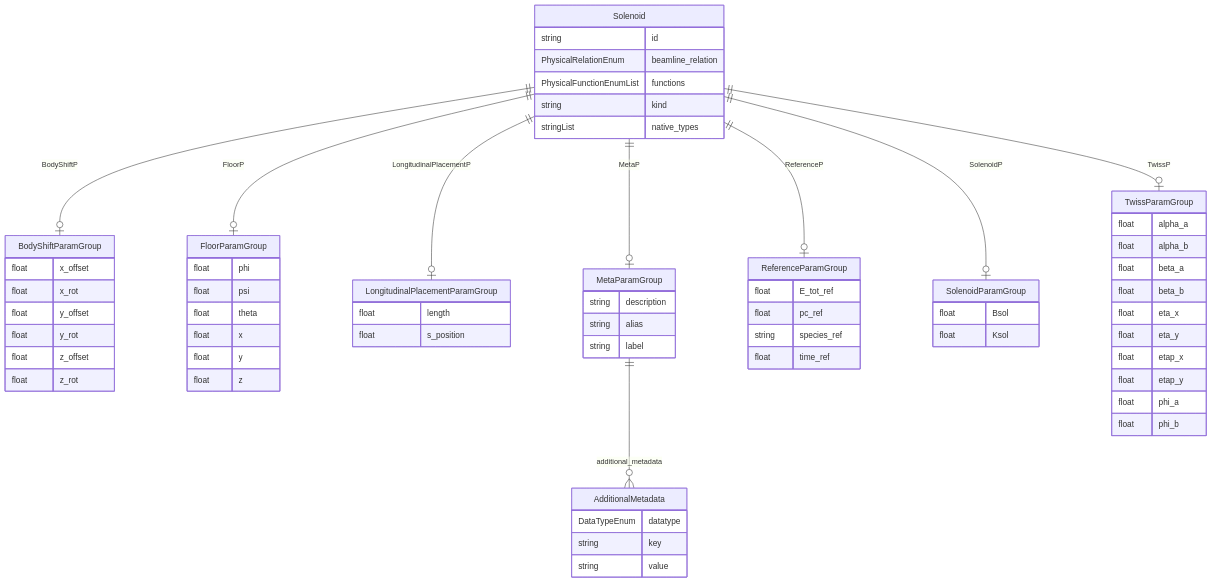
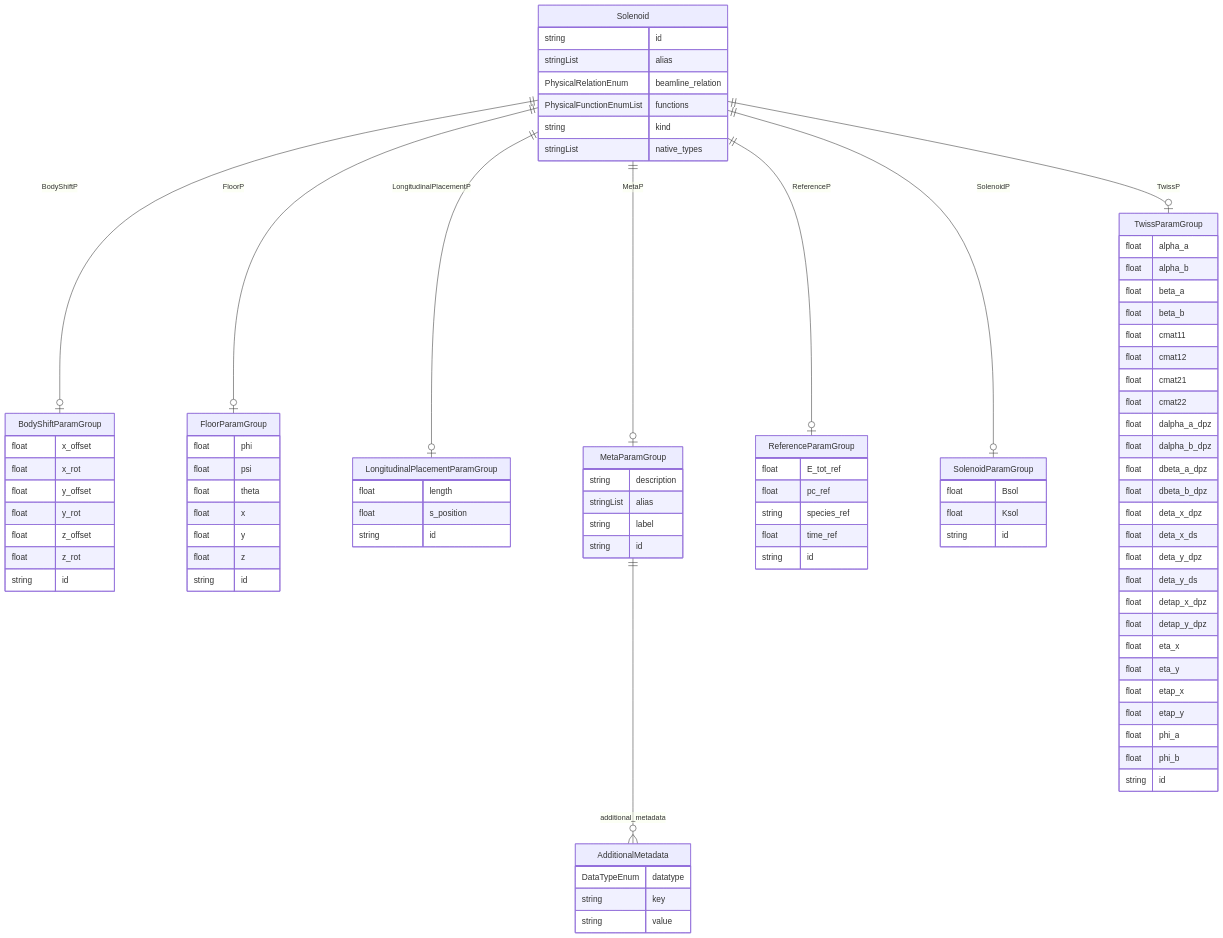
Before and after one commit to pals-project/pals-facility-config: the diagram in docs/elements/classes/Solenoid.md, drawn with Mermaid. The commit also changed other lines of this file and 499 other files, not shown here.

```diff
--- a/docs/elements/classes/Solenoid.md
+++ b/docs/elements/classes/Solenoid.md
@@ -28,6 +28,7 @@
     float y_rot  
     float z_offset  
     float z_rot  
+    string id  
 }
 FloorParamGroup {
     float phi  
@@ -36,24 +37,29 @@
     float x  
     float y  
     float z  
+    string id  
 }
 LongitudinalPlacementParamGroup {
     float length  
     float s_position  
+    string id  
 }
 MetaParamGroup {
     string description  
-    string alias  
+    stringList alias  
     string label  
+    string id  
 }
 ReferenceParamGroup {
     float E_tot_ref  
     float pc_ref  
     string species_ref  
     float time_ref  
+    string id  
 }
 Solenoid {
     string id  
+    stringList alias  
     PhysicalRelationEnum beamline_relation  
     PhysicalFunctionEnumList functions  
     string kind  
@@ -62,18 +68,34 @@
 SolenoidParamGroup {
     float Bsol  
     float Ksol  
+    string id  
 }
 TwissParamGroup {
     float alpha_a  
     float alpha_b  
     float beta_a  
     float beta_b  
+    float cmat11  
+    float cmat12  
+    float cmat21  
+    float cmat22  
+    float dalpha_a_dpz  
+    float dalpha_b_dpz  
+    float dbeta_a_dpz  
+    float dbeta_b_dpz  
+    float deta_x_dpz  
+    float deta_x_ds  
+    float deta_y_dpz  
+    float deta_y_ds  
+    float detap_x_dpz  
+    float detap_y_dpz  
     float eta_x  
     float eta_y  
     float etap_x  
     float etap_y  
     float phi_a  
     float phi_b  
+    string id  
 }
 
 MetaParamGroup ||--}o AdditionalMetadata : "additional_metadata"
```
